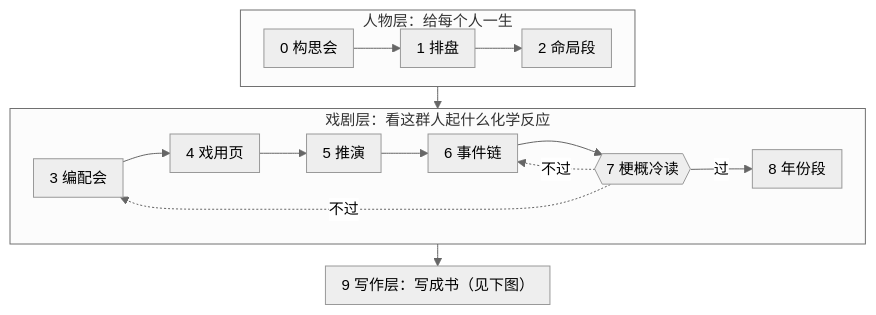
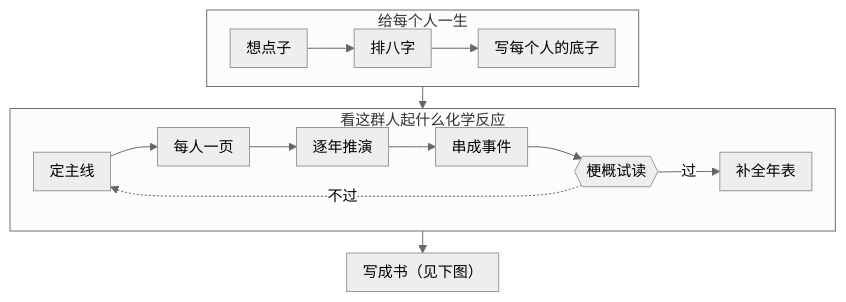
One commit to DRMCT/bazi-writing changed the first of 2 diagrams in README.md. Above: the diagram before and after it, drawn with Mermaid. The commit also changed other lines of this file and 14 other files, not shown here.

````diff
--- a/README.md
+++ b/README.md
@@ -102,15 +113,14 @@
 ```mermaid
 %%{init: {"theme": "neutral", "themeVariables": {"fontSize": "15px"}, "flowchart": {"nodeSpacing": 18, "rankSpacing": 22, "padding": 8}}}%%
 flowchart TB
-  subgraph R1[人物层：给每个人一生]
+  subgraph R1[给每个人一生]
     direction LR
-    A0["0 构思会"] --> A1["1 排盘"] --> A2["2 命局段"]
+    A0["想点子"] --> A1["排八字"] --> A2["写每个人的底子"]
   end
-  subgraph R2[戏剧层：看这群人起什么化学反应]
+  subgraph R2[看这群人起什么化学反应]
     direction LR
-    B3["3 编配会"] --> B4["4 戏用页"] --> B5["5 推演"] --> B6["6 事件链"] --> B7{{"7 梗概冷读"}} -- 过 --> B8["8 年份段"]
+    B3["定主线"] --> B4["每人一页"] --> B5["逐年推演"] --> B6["串成事件"] --> B7{{"梗概试读"}} -- 过 --> B8["补全年表"]
     B7 -. 不过 .-> B3
-    B7 -. 不过 .-> B6
   end
-  R1 --> R2 --> W["9 写作层：写成书（见下图）"]
+  R1 --> R2 --> W["写成书（见下图）"]
 ```
````
